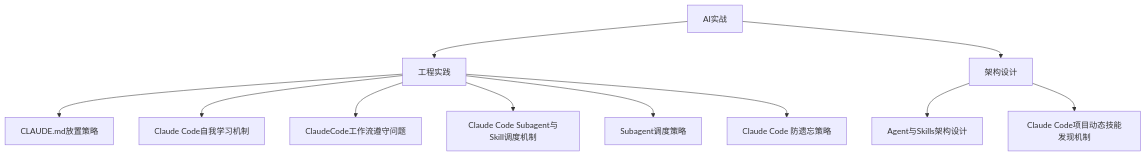
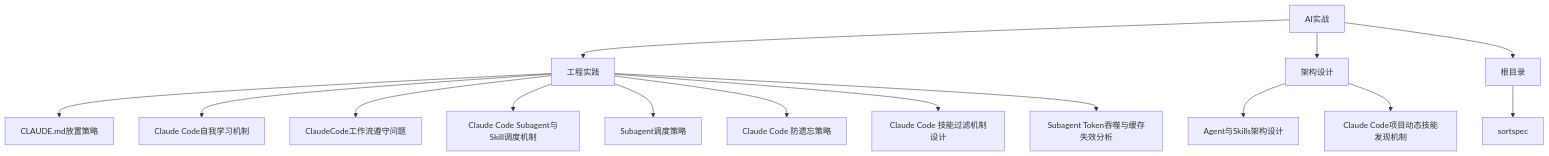
The diagram in 项目实战/AI实战/AI实战 MOC.md (Treasoni/Study-Notes), drawn with Mermaid before and after one commit. The commit also changed other lines of this file, not shown here.

````diff
--- a/项目实战/AI实战/AI实战 MOC.md
+++ b/项目实战/AI实战/AI实战 MOC.md
@@ -10,15 +10,19 @@
 ```mermaid
 graph TD
     Root[AI实战]
     Root --> Eng[工程实践]
     Root --> Arch[架构设计]
+    Root --> RootDir[根目录]
     Eng --> N1[CLAUDE.md放置策略]
     Eng --> N2[Claude Code自我学习机制]
     Eng --> N3[ClaudeCode工作流遵守问题]
     Eng --> N4[Claude Code Subagent与Skill调度机制]
-    Eng --> N6[Subagent调度策略]
-    Eng --> N7[Claude Code 防遗忘策略]
-    Arch --> N5[Agent与Skills架构设计]
-    Arch --> N8[Claude Code项目动态技能发现机制]
-    class N1,N2,N3,N4,N5,N6,N7,N8 internal-link;
+    Eng --> N5[Subagent调度策略]
+    Eng --> N6[Claude Code 防遗忘策略]
+    Eng --> N7[Claude Code 技能过滤机制设计]
+    Eng --> N8[Subagent Token吞噬与缓存失效分析]
+    Arch --> N9[Agent与Skills架构设计]
+    Arch --> N10[Claude Code项目动态技能发现机制]
+    RootDir --> N11[sortspec]
+    class N1,N2,N3,N4,N5,N6,N7,N8,N9,N10,N11 internal-link;
 ```
````
